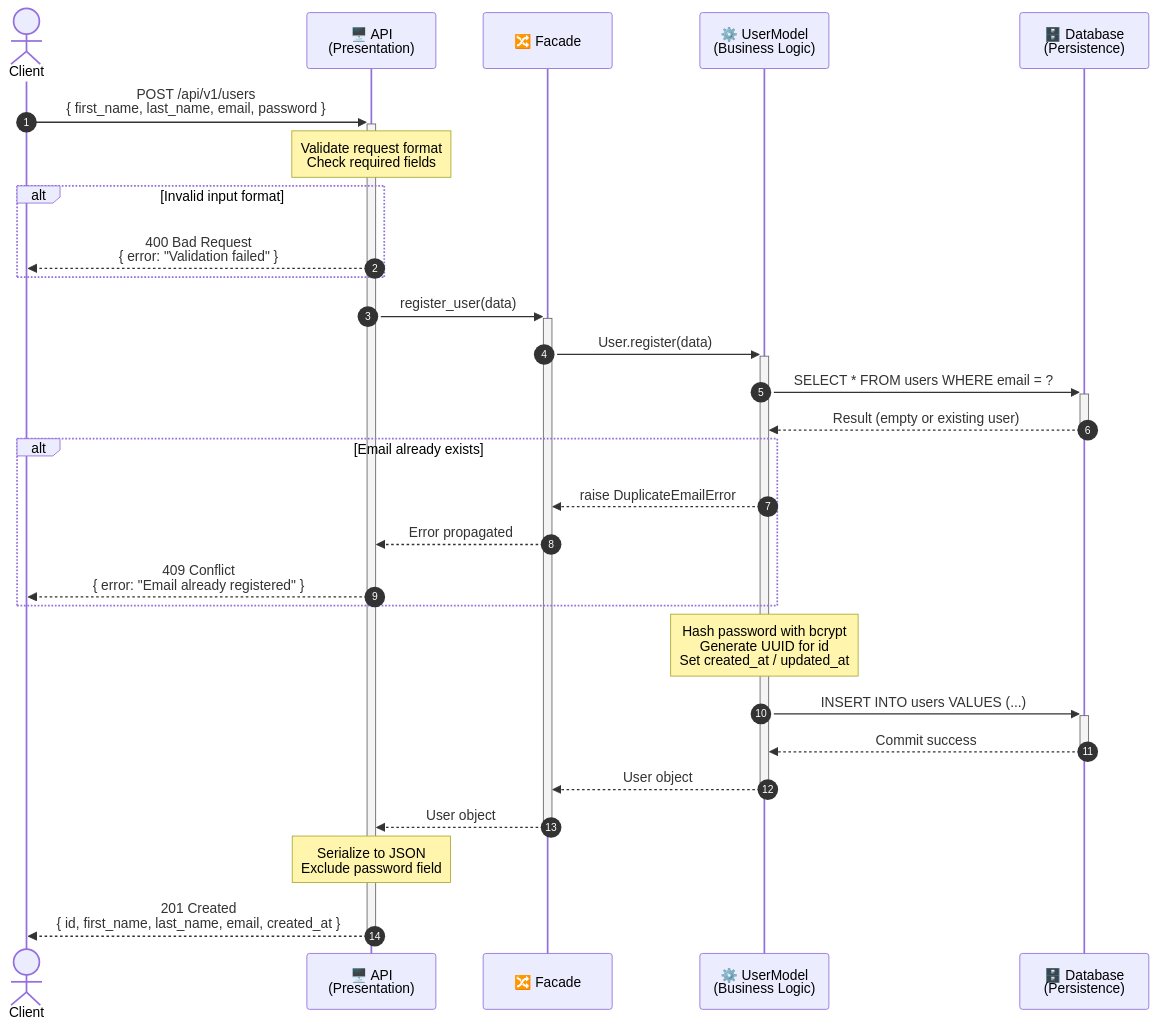
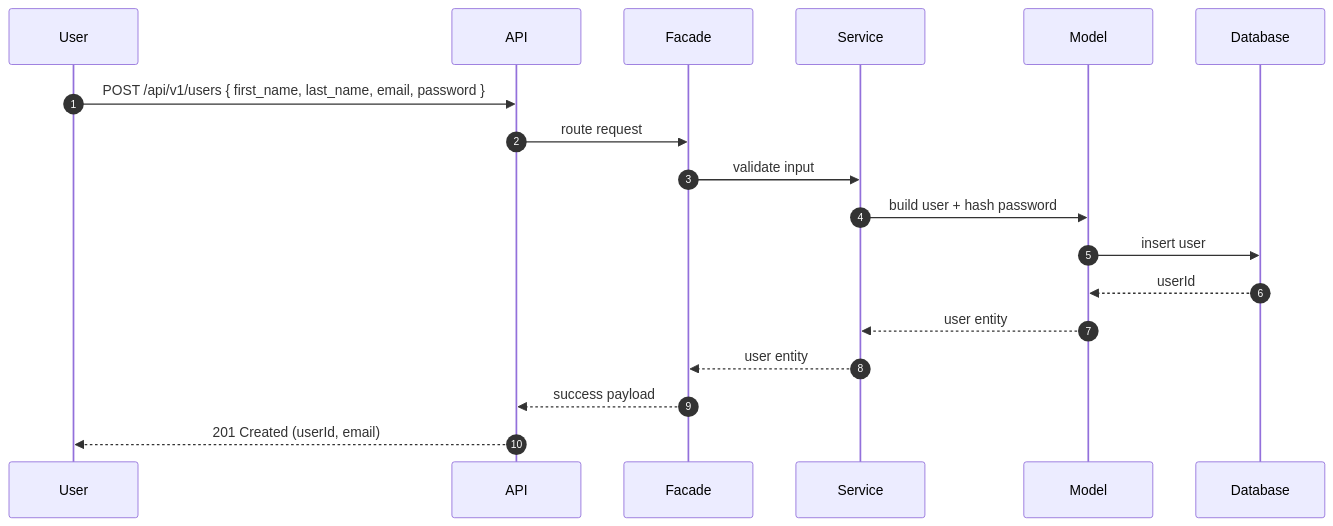
One commit to kriaa9/holbertonschool-hbnb changed the third of 6 diagrams in part1/README.md. Above: the diagram before and after it, drawn with Mermaid. The commit also changed other lines of this file and 1 other file, not shown here.

Commit message:
refactor: update sequence diagrams for API calls to enhance clarity and consistency

````diff
--- a/part1/README.md
+++ b/part1/README.md
@@ -308,43 +131,21 @@
 ```mermaid
 sequenceDiagram
     autonumber
+    participant User
+    participant API
+    participant Facade
+    participant Service
+    participant Model
+    participant Database
 
-    actor Client
-    participant API   as 🖥️ API<br/>(Presentation)
-    participant Facade as 🔀 Facade
-    participant Service as ⚙️ UserModel<br/>(Business Logic)
-    participant DB    as 🗄️ Database<br/>(Persistence)
-
-    Client->>+API: POST /api/v1/users<br/>{ first_name, last_name, email, password }
-
-    Note over API: Validate request format<br/>Check required fields
-
-    alt Invalid input format
-        API-->>Client: 400 Bad Request<br/>{ error: "Validation failed" }
-    end
-
-    API->>+Facade: register_user(data)
-
-    Facade->>+Service: User.register(data)
-
-    Service->>+DB: SELECT * FROM users WHERE email = ?
-    DB-->>-Service: Result (empty or existing user)
-
-    alt Email already exists
-        Service-->>Facade: raise DuplicateEmailError
-        Facade-->>API: Error propagated
-        API-->>Client: 409 Conflict<br/>{ error: "Email already registered" }
-    end
-
-    Note over Service: Hash password with bcrypt<br/>Generate UUID for id<br/>Set created_at / updated_at
-
-    Service->>+DB: INSERT INTO users VALUES (...)
-    DB-->>-Service: Commit success
-
-    Service-->>-Facade: User object
-    Facade-->>-API: User object
-
-    Note over API: Serialize to JSON<br/>Exclude password field
-
-    API-->>-Client: 201 Created<br/>{ id, first_name, last_name, email, created_at }
+    User->>API: POST /api/v1/users { first_name, last_name, email, password }
+    API->>Facade: route request
+    Facade->>Service: validate input
+    Service->>Model: build user + hash password
+    Model->>Database: insert user
+    Database-->>Model: userId
+    Model-->>Service: user entity
+    Service-->>Facade: user entity
+    Facade-->>API: success payload
+    API-->>User: 201 Created (userId, email)
 ```
````
